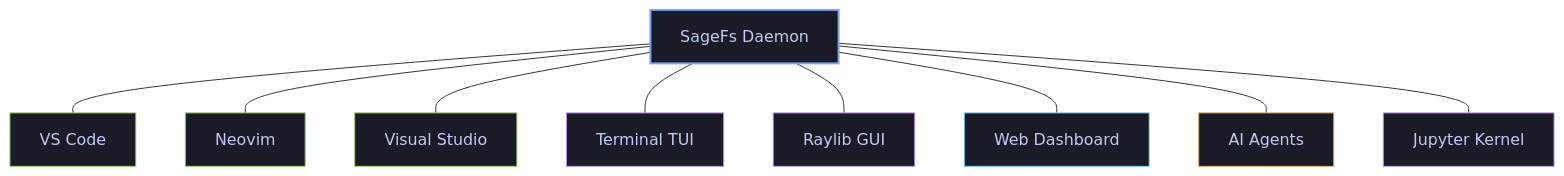
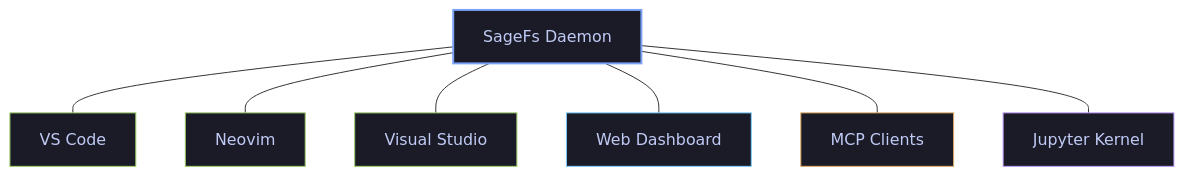
The first of 2 diagrams in Readme.md (WillEhrendreich/SageFs), drawn with Mermaid before and after one commit. The commit also changed other lines of this file and 41 other files, not shown here.

````diff
--- a/Readme.md
+++ b/Readme.md
@@ -78,23 +78,19 @@
 ```mermaid
 flowchart TB
     D[SageFs Daemon]
 
     D --- VS[VS Code]
     D --- NV[Neovim]
     D --- VI[Visual Studio]
-    D --- TU[Terminal TUI]
-    D --- GU[Raylib GUI]
     D --- WB[Web Dashboard]
-    D --- AI[AI Agents]
+    D --- AI[MCP Clients]
     D --- JP[Jupyter Kernel]
 
     style D fill:#1a1b26,stroke:#7aa2f7,stroke-width:2px,color:#c0caf5
     style VS fill:#1a1b26,stroke:#9ece6a,color:#c0caf5
     style NV fill:#1a1b26,stroke:#9ece6a,color:#c0caf5
     style VI fill:#1a1b26,stroke:#9ece6a,color:#c0caf5
-    style TU fill:#1a1b26,stroke:#bb9af7,color:#c0caf5
-    style GU fill:#1a1b26,stroke:#bb9af7,color:#c0caf5
     style WB fill:#1a1b26,stroke:#7dcfff,color:#c0caf5
     style AI fill:#1a1b26,stroke:#e0af68,color:#c0caf5
     style JP fill:#1a1b26,stroke:#bb9af7,color:#c0caf5
 ```
````
